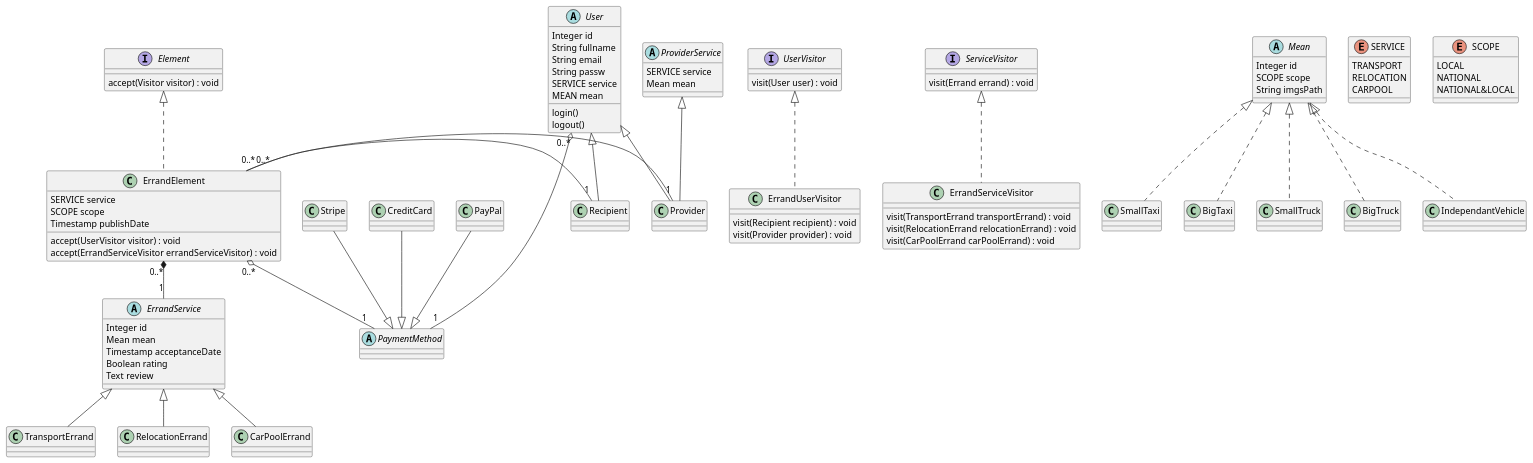
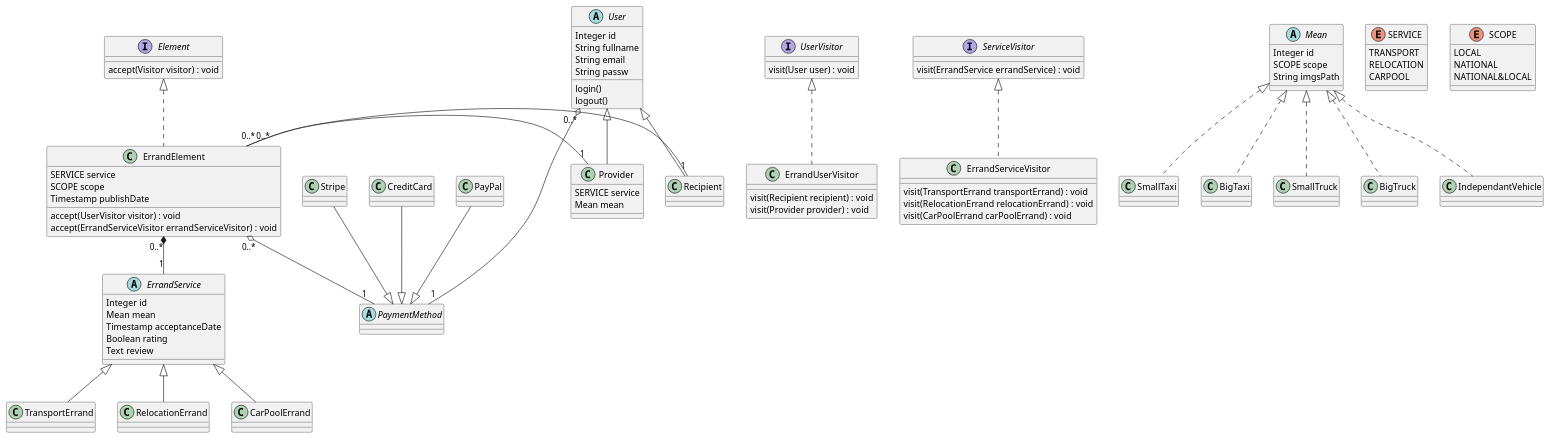
One commit to mehdilagdimi/chiforek changed the diagram in conception/classDiagram.puml. Above: the diagram before and after it, drawn with PlantUML. The commit also changed 47 other files, not shown here.

Commit message:
created initial entities, repositories, services and DB schema

```diff
--- a/conception/classDiagram.puml
+++ b/conception/classDiagram.puml
@@ -1,127 +1,126 @@
 @startuml
 'https://plantuml.com/class-diagram
 
 abstract class User
 class Recipient
 class Provider
 class ErrandElement
 class CreditCard
 interface UserVisitor
 interface ServiceVisitor
 abstract class PaymentMethod
 class CreditCard
 class PayPal
 class Stripe
 
 'Inheritance
-ProviderService <|-- Provider
 User <|-- Recipient
 User <|-- Provider
 ErrandService  <|-- TransportErrand
 ErrandService  <|-- RelocationErrand
 ErrandService  <|-- CarPoolErrand
 
 'association
 ErrandElement "0..*" - "1" Provider
 ErrandElement "0..*" - "1" Recipient
 ErrandElement "0..*" *-- "1" ErrandService
 
 'aggregation
 User "0..*" o-- "1" PaymentMethod
 ErrandElement "0..*" o-- "1" PaymentMethod
 
-
+'class Provider implements ProviderService
 class ErrandElement implements Element
 class ErrandUserVisitor implements UserVisitor
 class ErrandServiceVisitor implements ServiceVisitor
 class SmallTaxi implements Mean
 class BigTaxi implements Mean
 class SmallTruck implements Mean
 class BigTruck implements Mean
 class IndependantVehicle implements Mean
 
 Stripe --|> PaymentMethod
 CreditCard --|> PaymentMethod
 PayPal --|> PaymentMethod
 
 abstract class ErrandService{
     Integer id
     Mean mean
     Timestamp acceptanceDate
     Boolean rating
     Text review
 }
 
 abstract class User {
     Integer id
     String fullname
     String email
     String passw
-    SERVICE service
-    MEAN mean
     login()
     logout()
 }
 
 abstract class Mean{
     Integer id
     SCOPE scope
     String imgsPath
 }
 
-abstract class ProviderService{
-    SERVICE service
-    Mean mean
-}
+'interface ProviderService{
+'    SERVICE service
+'    Mean mean
+'}
 
 class Recipient{
 }
 class Provider{
+ SERVICE service
+ Mean mean
 }
 
 
 interface Element{
     accept(Visitor visitor) : void
 }
 
 class ErrandElement{
     SERVICE service
     SCOPE scope
 '    ErrandService errandService
 '    PaymentMethod paymentMethod
     Timestamp publishDate
     accept(UserVisitor visitor) : void
     accept(ErrandServiceVisitor errandServiceVisitor) : void
 }
 
 interface UserVisitor{
     visit(User user) : void
 }
 interface ServiceVisitor{
-    visit(Errand errand) : void
+    visit(ErrandService errandService) : void
 }
 
 class ErrandUserVisitor{
     visit(Recipient recipient) : void
     visit(Provider provider) : void
 
 }
 
 class ErrandServiceVisitor{
     visit(TransportErrand transportErrand) : void
     visit(RelocationErrand relocationErrand) : void
     visit(CarPoolErrand carPoolErrand) : void
 }
 
 enum SERVICE {
 TRANSPORT
 RELOCATION
 CARPOOL
 }
 enum SCOPE {
 LOCAL
 NATIONAL
 NATIONAL&LOCAL
 }
 
 @enduml
```
